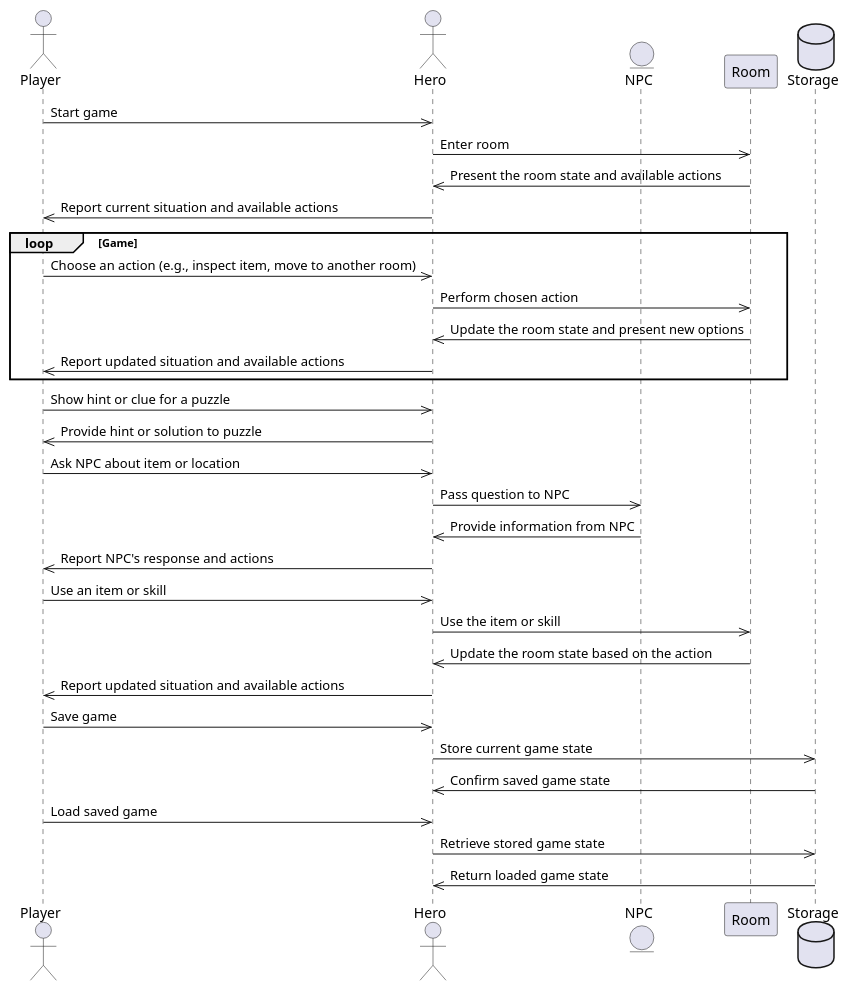
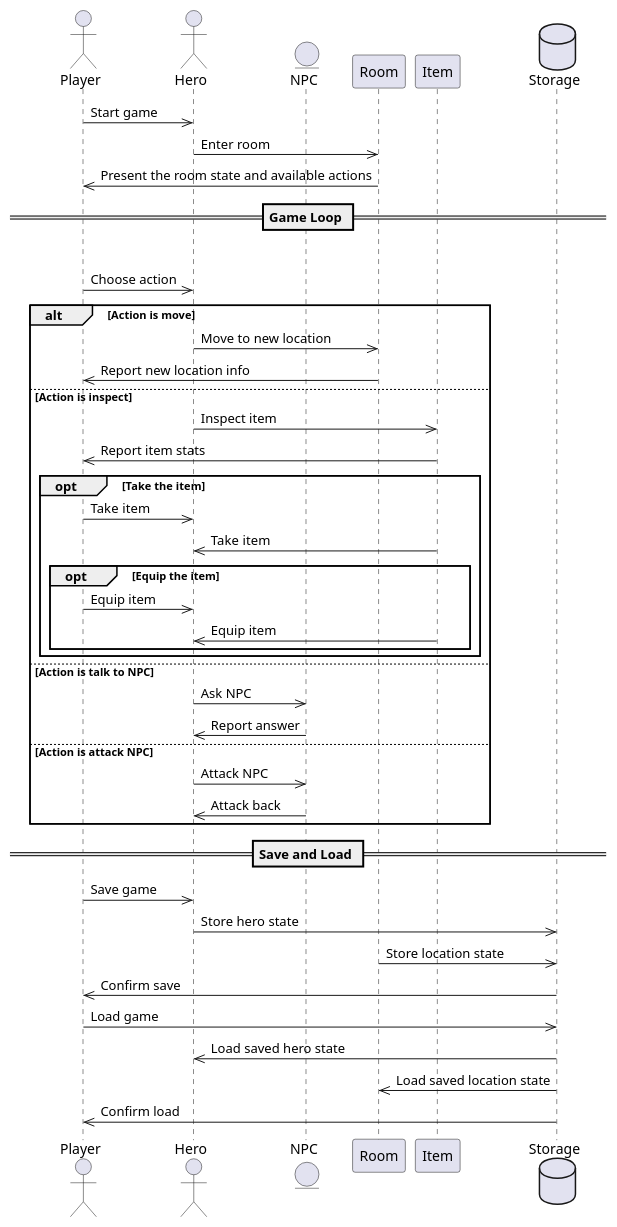
The diagram in plantuml/system-sequence-diagram.plantuml (MarvinTheMoodLifter/escape-from-Dahshur), drawn with PlantUML before and after one commit.

Commit message:
updated of system sequence diagram

```diff
--- a/plantuml/system-sequence-diagram.plantuml
+++ b/plantuml/system-sequence-diagram.plantuml
@@ -1,40 +1,50 @@
 @startuml
-  actor User as "Player"
-  actor Main_Character as "Hero"
-  entity NPC as "NPC"
-  participant Room as "Room"
-  database Storage as "Storage"
 
-  User->>Main_Character: Start game
-  Main_Character->>Room: Enter room
-  Room->>Main_Character: Present the room state and available actions
-  Main_Character->>User: Report current situation and available actions
+actor User as "Player"
+actor Main_Character as "Hero"
+entity NPC as "NPC"
+participant Room as "Room"
+participant Item as "Item"
+database Storage as "Storage"
 
-  loop Game
-    User->>Main_Character: Choose an action (e.g., inspect item, move to another room)
-    Main_Character->>Room: Perform chosen action
-    Room->>Main_Character: Update the room state and present new options
-    Main_Character->>User: Report updated situation and available actions
-  end
+User->>Main_Character: Start game
+Main_Character->>Room: Enter room
+Room->>User: Present the room state and available actions
 
-  User->>Main_Character: Show hint or clue for a puzzle
-  Main_Character->>User: Provide hint or solution to puzzle
-  User->>Main_Character: Ask NPC about item or location
-  Main_Character->>NPC: Pass question to NPC
-  NPC->>Main_Character: Provide information from NPC
-  Main_Character->>User: Report NPC's response and actions
+== Game Loop ==
+loop Each Turn
+    User->>Main_Character: Choose action
+    alt Action is move
+        Main_Character->>Room: Move to new location
+        Room->>User: Report new location info
+    else Action is inspect
+        Main_Character->>Item: Inspect item
+        Item->>User: Report item stats
+        opt Take the item
+            User->>Main_Character: Take item
+            Item->>Main_Character: Take item
+            opt Equip the item
+                User->>Main_Character: Equip item
+                Item->>Main_Character: Equip item
+            end
+        end
+    else Action is talk to NPC
+        Main_Character->>NPC: Ask NPC
+        NPC->>Main_Character: Report answer
+    else Action is attack NPC
+        Main_Character->>NPC: Attack NPC
+        NPC->>Main_Character: Attack back
+end
 
-  User->>Main_Character: Use an item or skill
-  Main_Character->>Room: Use the item or skill
-  Room->>Main_Character: Update the room state based on the action
-  Main_Character->>User: Report updated situation and available actions
+== Save and Load ==
+User->>Main_Character: Save game
+Main_Character->>Storage: Store hero state
+Room->>Storage: Store location state
+Storage->>User: Confirm save
 
-  User->>Main_Character: Save game
-  Main_Character->>Storage: Store current game state
-  Storage->>Main_Character: Confirm saved game state
-
-  User->>Main_Character: Load saved game
-  Main_Character->>Storage: Retrieve stored game state
-  Storage->>Main_Character: Return loaded game state
+User->>Storage: Load game
+Storage->>Main_Character: Load saved hero state
+Storage->>Room: Load saved location state
+Storage->>User: Confirm load
 
 @enduml
```
